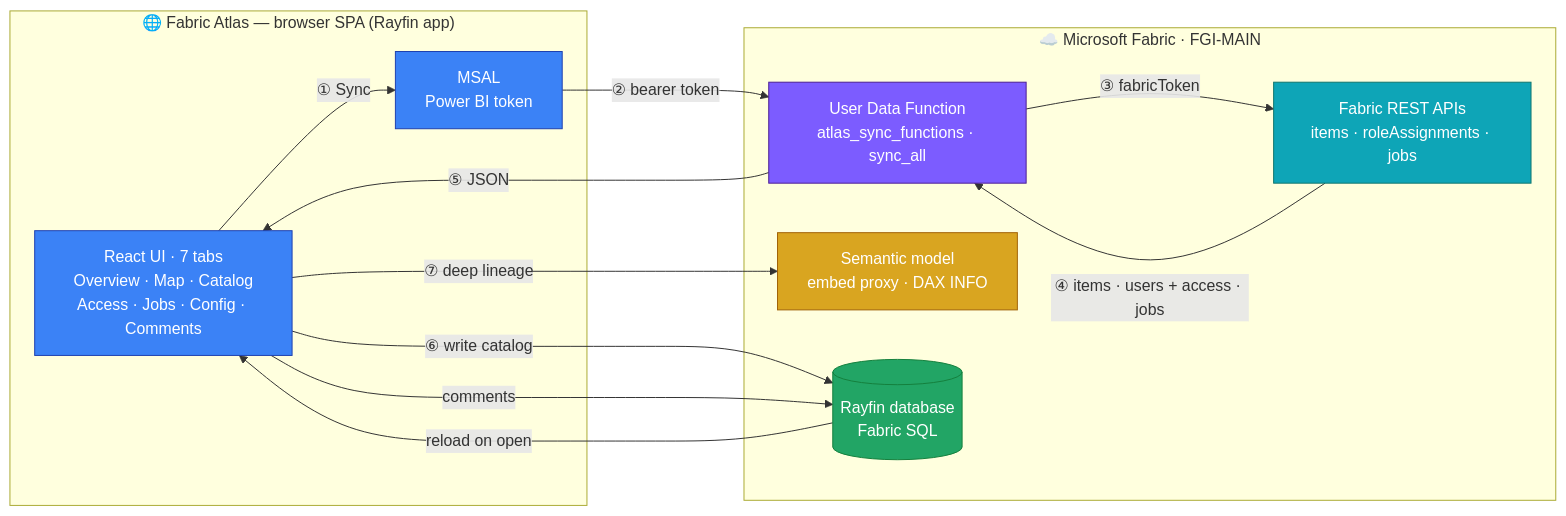
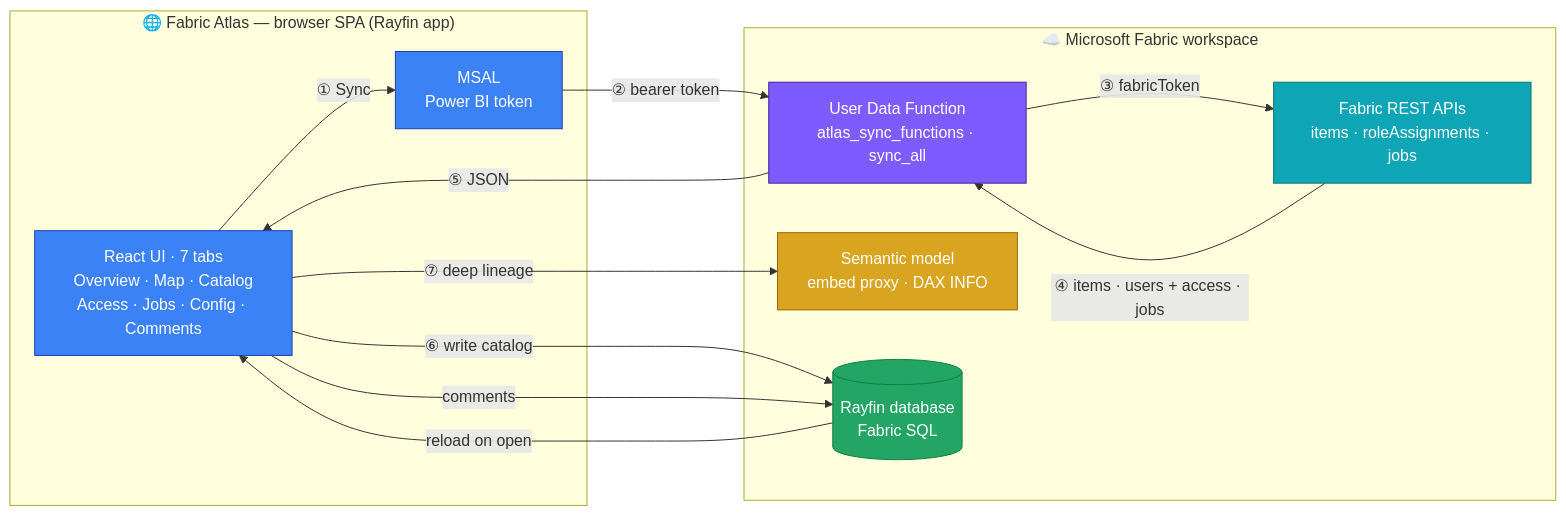
The diagram in README.md (fredgis/FabricAtlas), drawn with Mermaid before and after one commit. The commit also changed other lines of this file and 32 other files, not shown here.

````diff
--- a/README.md
+++ b/README.md
@@ -112,36 +125,36 @@
 ```mermaid
 flowchart LR
   subgraph B["🌐 Fabric Atlas — browser SPA (Rayfin app)"]
     UI["React UI · 7 tabs<br/>Overview · Map · Catalog<br/>Access · Jobs · Config · Comments"]
     MSAL["MSAL<br/>Power BI token"]
   end
 
-  subgraph F["☁️ Microsoft Fabric · FGI-MAIN"]
+  subgraph F["☁️ Microsoft Fabric workspace"]
     UDF["User Data Function<br/>atlas_sync_functions · sync_all"]
     REST["Fabric REST APIs<br/>items · roleAssignments · jobs"]
     SM["Semantic model<br/>embed proxy · DAX INFO"]
     DB[("Rayfin database<br/>Fabric SQL")]
   end
 
   UI -- "① Sync" --> MSAL
   MSAL -- "② bearer token" --> UDF
   UDF -- "③ fabricToken" --> REST
   REST -- "④ items · users + access · jobs" --> UDF
   UDF -- "⑤ JSON" --> UI
   UI -- "⑥ write catalog" --> DB
   UI -- "⑦ deep lineage" --> SM
   UI -- "comments" --> DB
   DB -- "reload on open" --> UI
 
   classDef browser fill:#3b82f6,stroke:#1e40af,color:#fff;
   classDef udf fill:#7c5cff,stroke:#4c1d95,color:#fff;
   classDef rest fill:#0ea5b7,stroke:#0f766e,color:#fff;
   classDef db fill:#22a565,stroke:#15803d,color:#fff;
   classDef sm fill:#d9a520,stroke:#a16207,color:#fff;
 
   class UI,MSAL browser;
   class UDF udf;
   class REST rest;
   class DB db;
   class SM sm;
 ```
````
